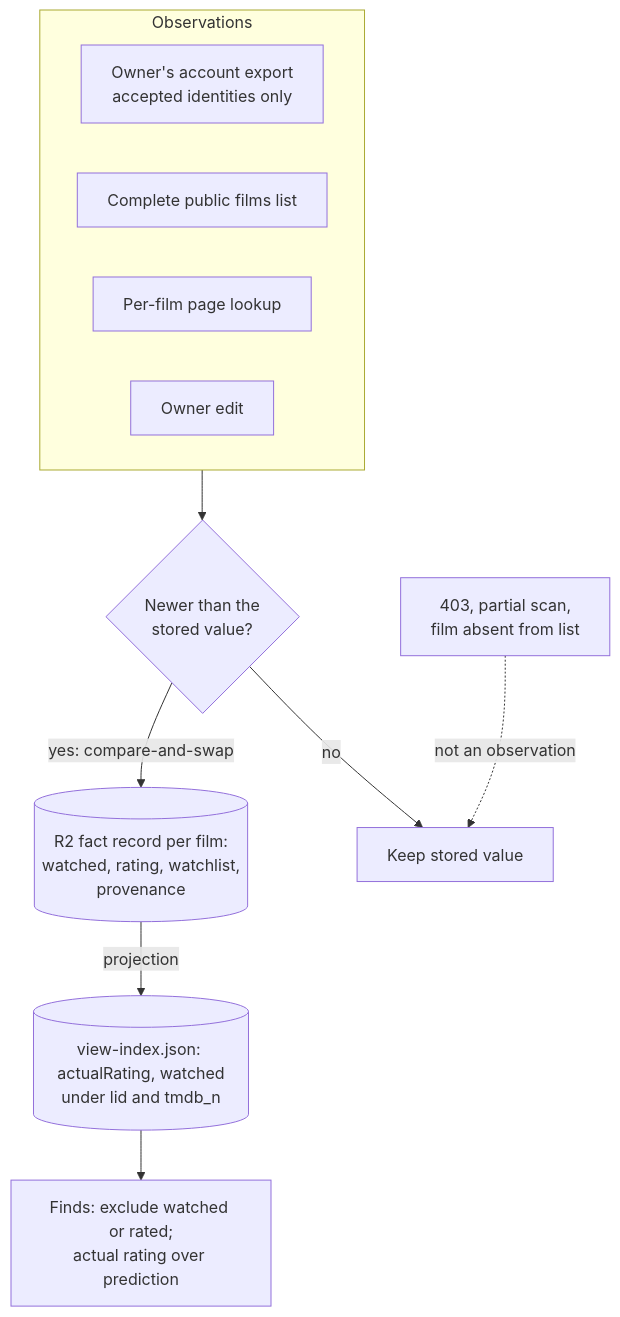
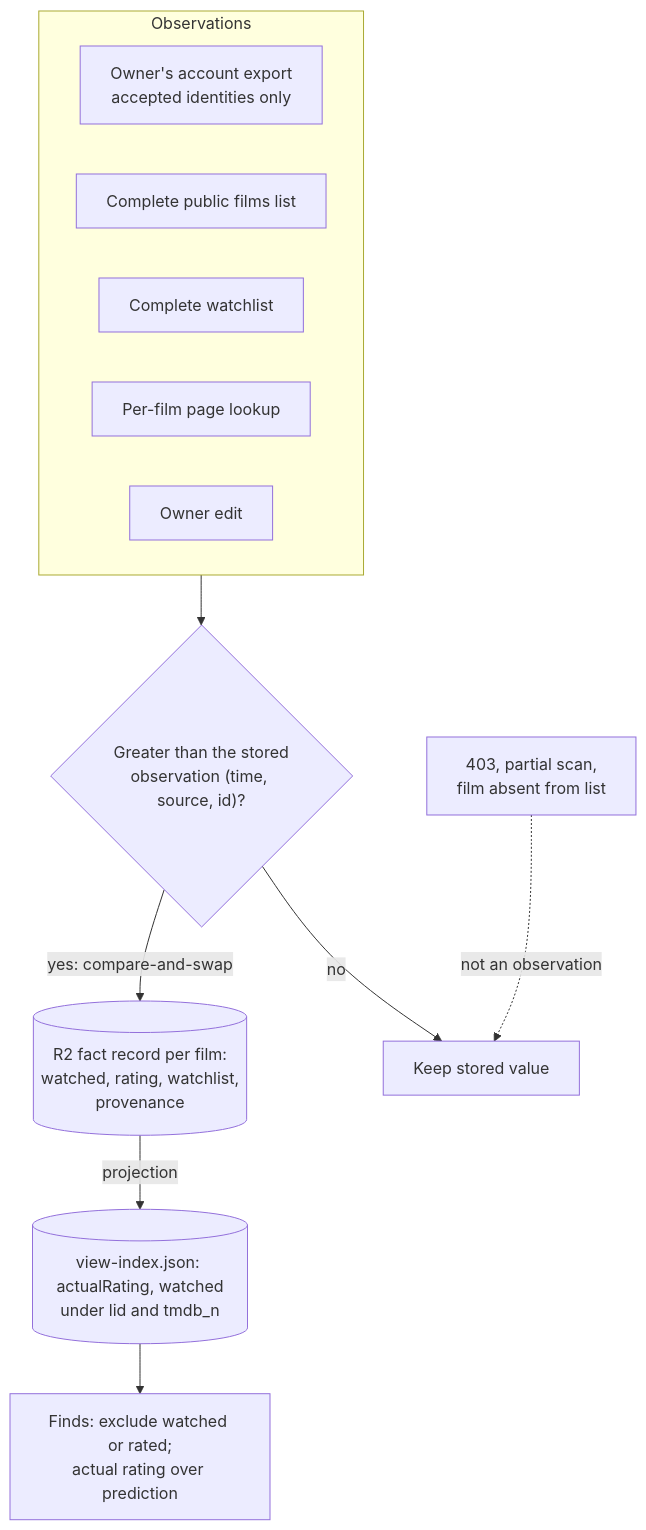
Before and after one commit to vladimino/iptv-watchlist: the second of 2 diagrams in docs/architecture/letterboxd-ingestion.md, drawn with Mermaid. The commit also changed other lines of this file and 2 other files, not shown here.

Commit message:
AIR-170: address review — fact-state D1 mapping, link index and convergence, ordering and crash-safe rollback
- D1 keeps rating null and watchlist false as timestamped fact states
  (film_user_fact + history); actual_rating and watchlist_film become
  projections.
- Deterministic record key (tmdb-<n> else lb-<lid>), a CAS link index as
  the only lookup path, alias conflicts to identity review, and a
  recoverable three-step convergence with a one-hop redirect.
- Total order (observedAt, source rank, observation id) with reported
  ties; observedAt per source from the Worker clock or the export's
  archive-name generation time, never file mtimes.
- Each write stores its exact before-image in the same CAS; chunk intent
  plus receipt with reconciliation from records after a crash; rollback
  restores the before-image only where the export's observation is
  still current, last-in-first-out.
- Diagram gains the watchlist source and the ordering wording.

````diff
--- a/docs/architecture/letterboxd-ingestion.md
+++ b/docs/architecture/letterboxd-ingestion.md
@@ -47,21 +47,22 @@
 ```mermaid
 flowchart TD
     subgraph sources["Observations"]
         export["Owner's account export<br/>accepted identities only"]
         films["Complete public films list"]
+        watchlist["Complete watchlist"]
         page["Per-film page lookup"]
         owner["Owner edit"]
     end
     gaps["403, partial scan,<br/>film absent from list"]
-    merge{"Newer than the<br/>stored value?"}
+    merge{"Greater than the stored<br/>observation (time, source, id)?"}
     facts[("R2 fact record per film:<br/>watched, rating, watchlist,<br/>provenance")]
     keep["Keep stored value"]
     index[("view-index.json: actualRating, watched<br/>under lid and tmdb_n")]
     finds["Finds: exclude watched or rated;<br/>actual rating over prediction"]
     sources --> merge
     merge -->|yes: compare-and-swap| facts
     merge -->|no| keep
     gaps -.->|not an observation| keep
     facts -->|projection| index
     index --> finds
 ```
````
